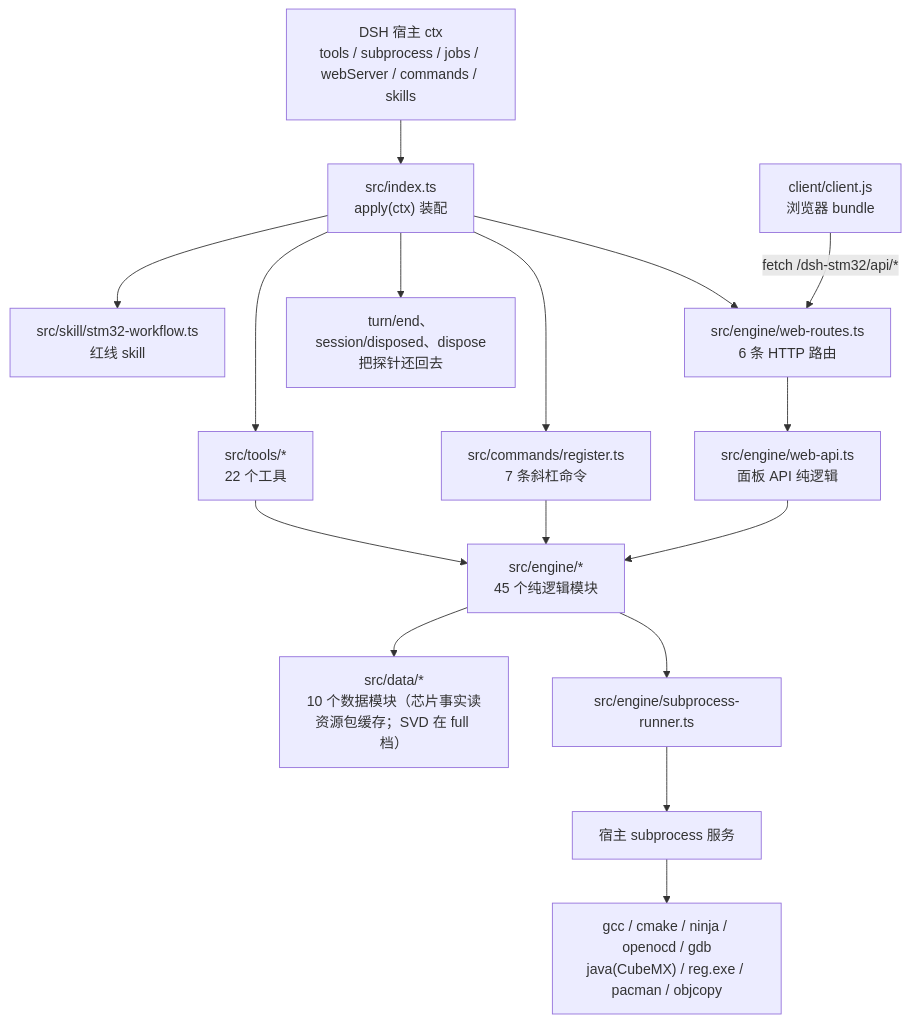
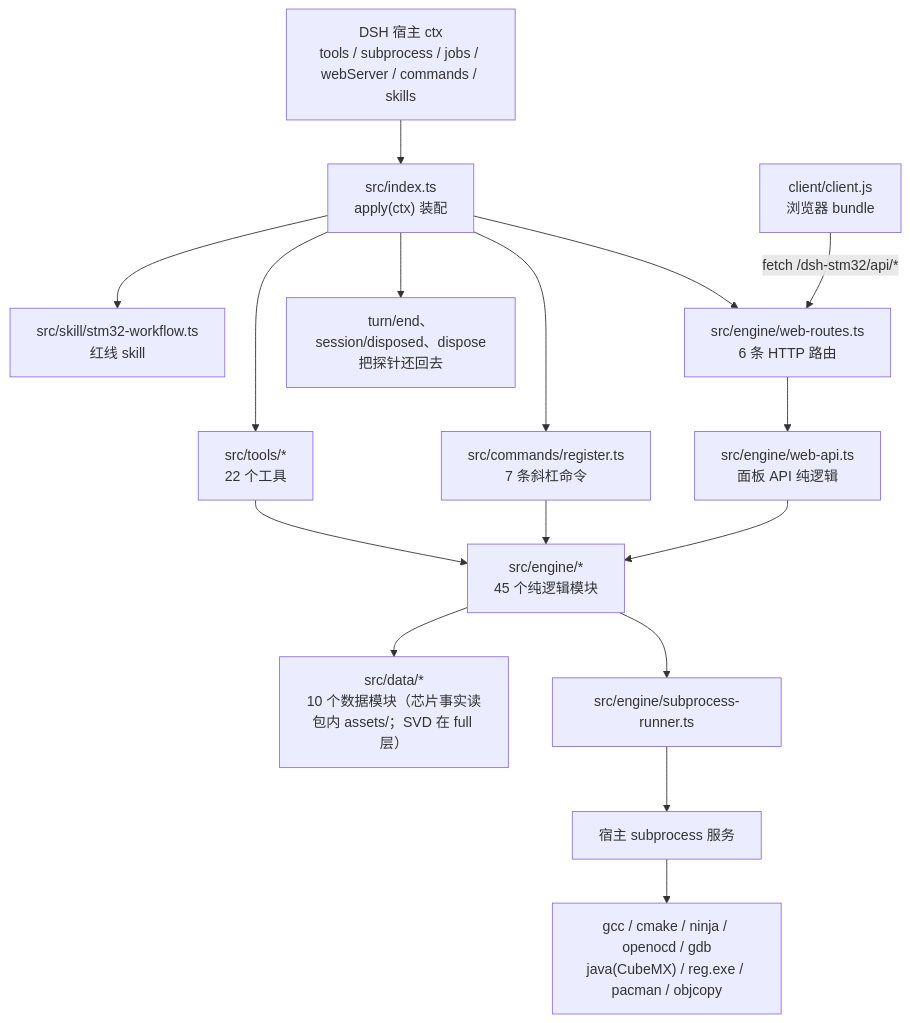
Before and after one commit to JingYu-er/dsh-stm32: the first of 15 diagrams in docs/reading-guide.md, drawn with Mermaid. The commit also changed other lines of this file and 184 other files, not shown here.

````diff
--- a/docs/reading-guide.md
+++ b/docs/reading-guide.md
@@ -44,18 +44,18 @@
 ```mermaid
 flowchart TD
   HOST["DSH 宿主 ctx<br/>tools / subprocess / jobs / webServer / commands / skills"] --> IDX["src/index.ts<br/>apply(ctx) 装配"]
   IDX --> TOOLS["src/tools/*<br/>22 个工具"]
   IDX --> CMDS["src/commands/register.ts<br/>7 条斜杠命令"]
   IDX --> SKILL["src/skill/stm32-workflow.ts<br/>红线 skill"]
   IDX --> WEB["src/engine/web-routes.ts<br/>6 条 HTTP 路由"]
   IDX --> EVT["turn/end、session/disposed、dispose<br/>把探针还回去"]
   TOOLS --> ENGINE["src/engine/*<br/>45 个纯逻辑模块"]
   CMDS --> ENGINE
   WEB --> API["src/engine/web-api.ts<br/>面板 API 纯逻辑"]
   API --> ENGINE
-  ENGINE --> DATA["src/data/*<br/>10 个数据模块（芯片事实读资源包缓存；SVD 在 full 档）"]
+  ENGINE --> DATA["src/data/*<br/>10 个数据模块（芯片事实读包内 assets/；SVD 在 full 层）"]
   ENGINE --> RUN["src/engine/subprocess-runner.ts"]
   RUN --> OS["宿主 subprocess 服务"]
   OS --> BIN["gcc / cmake / ninja / openocd / gdb<br/>java(CubeMX) / reg.exe / pacman / objcopy"]
   CLIENT["client/client.js<br/>浏览器 bundle"] -->|"fetch /dsh-stm32/api/*"| WEB
 ```
````
